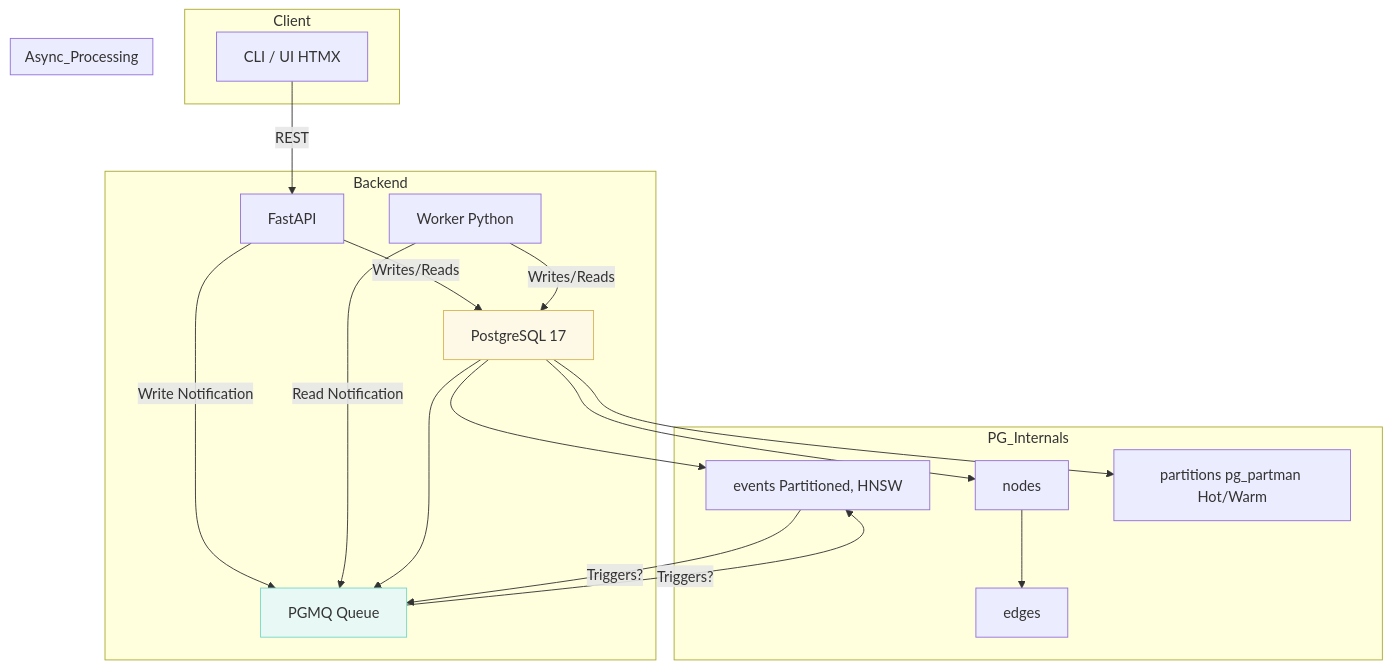
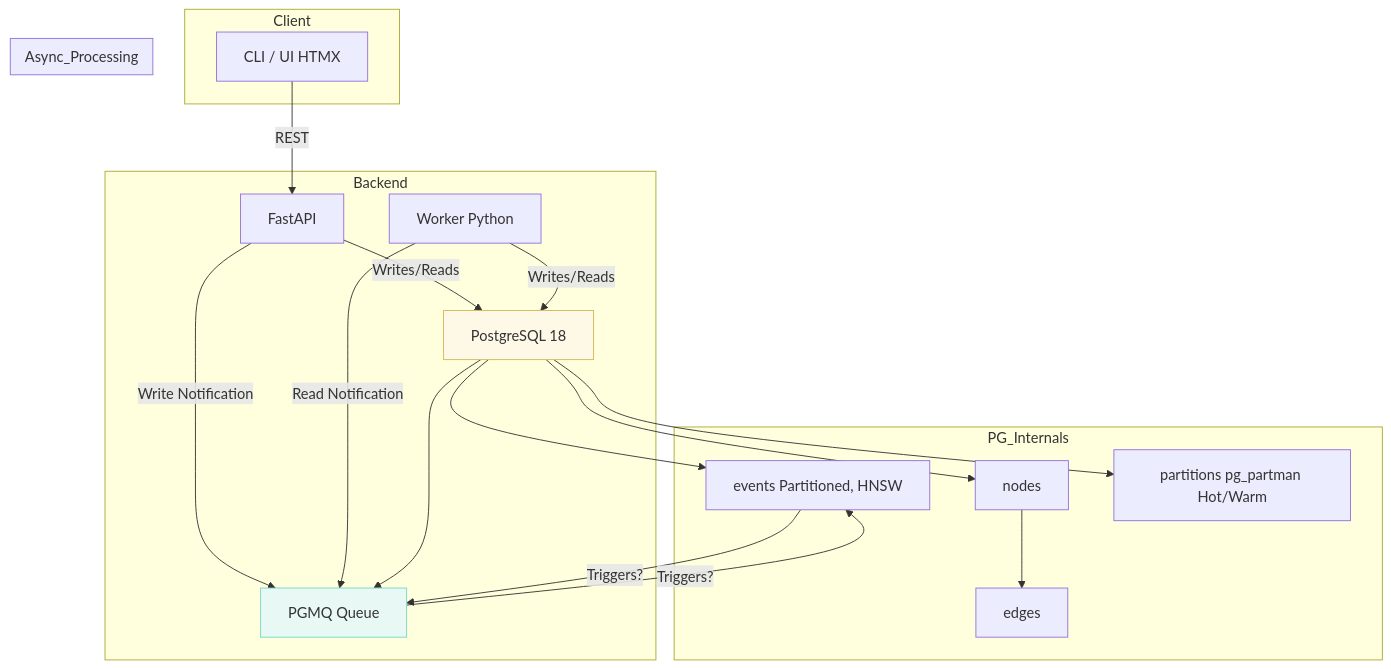
One commit to giak/mnemo-lite changed the first of 2 diagrams in docs/Project Foundation Document.md. Above: the diagram before and after it, drawn with Mermaid. The commit also changed other lines of this file and 9 other files, not shown here.

````diff
--- a/docs/Project Foundation Document.md
+++ b/docs/Project Foundation Document.md
@@ -66,28 +66,28 @@
 ```mermaid
 flowchart TD
   subgraph Client
     A[CLI / UI HTMX]
   end
   subgraph Backend
     A -->|REST| API[FastAPI]
-    API -->|Writes/Reads| PG[ PostgreSQL 17]
+    API -->|Writes/Reads| PG[ PostgreSQL 18]
     API -->|Write Notification| PGMQ[PGMQ Queue]
     Worker -->|Read Notification| PGMQ
     Worker -->|Writes/Reads| PG
   end
   subgraph PG_Internals
     PG --> EV["events Partitioned, HNSW"]
     PG --> N[nodes]
     N --> E[edges]
     PG --> PGMQ -- Triggers? --> EV -- Triggers? --> PGMQ
     PG --> Partitions["partitions pg_partman Hot/Warm"]
     %% Removed Archive S3
     %% Removed chroma_outbox, replaced by PGMQ interaction flow
   end
   subgraph Async_Processing
      Worker[Worker Python]
   end
 
   style PG fill:#fef8e7,stroke:#d6b656,stroke-width:1px
   style PGMQ fill:#e8f8f5,stroke:#76d7c4,stroke-width:1px
 ```
````
